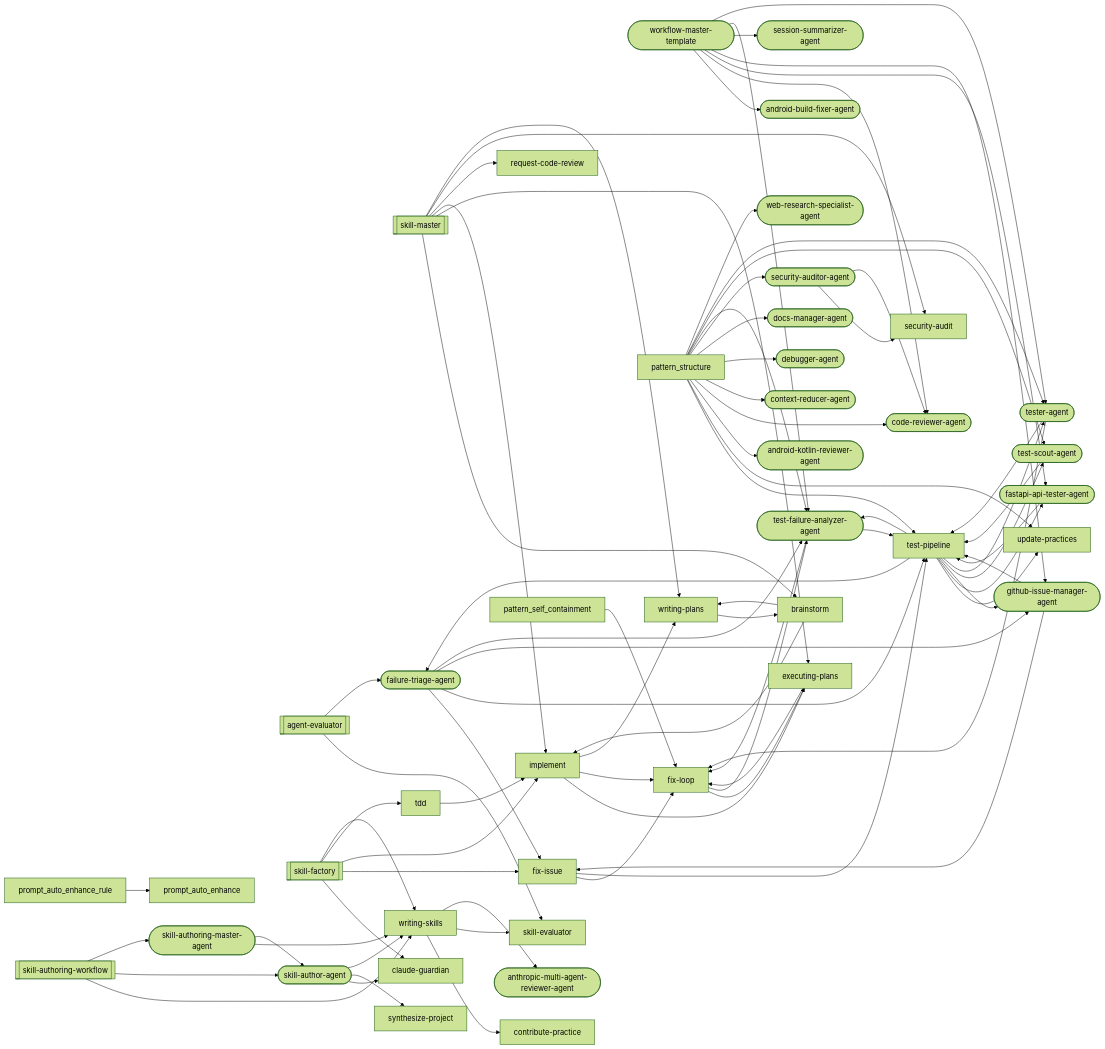
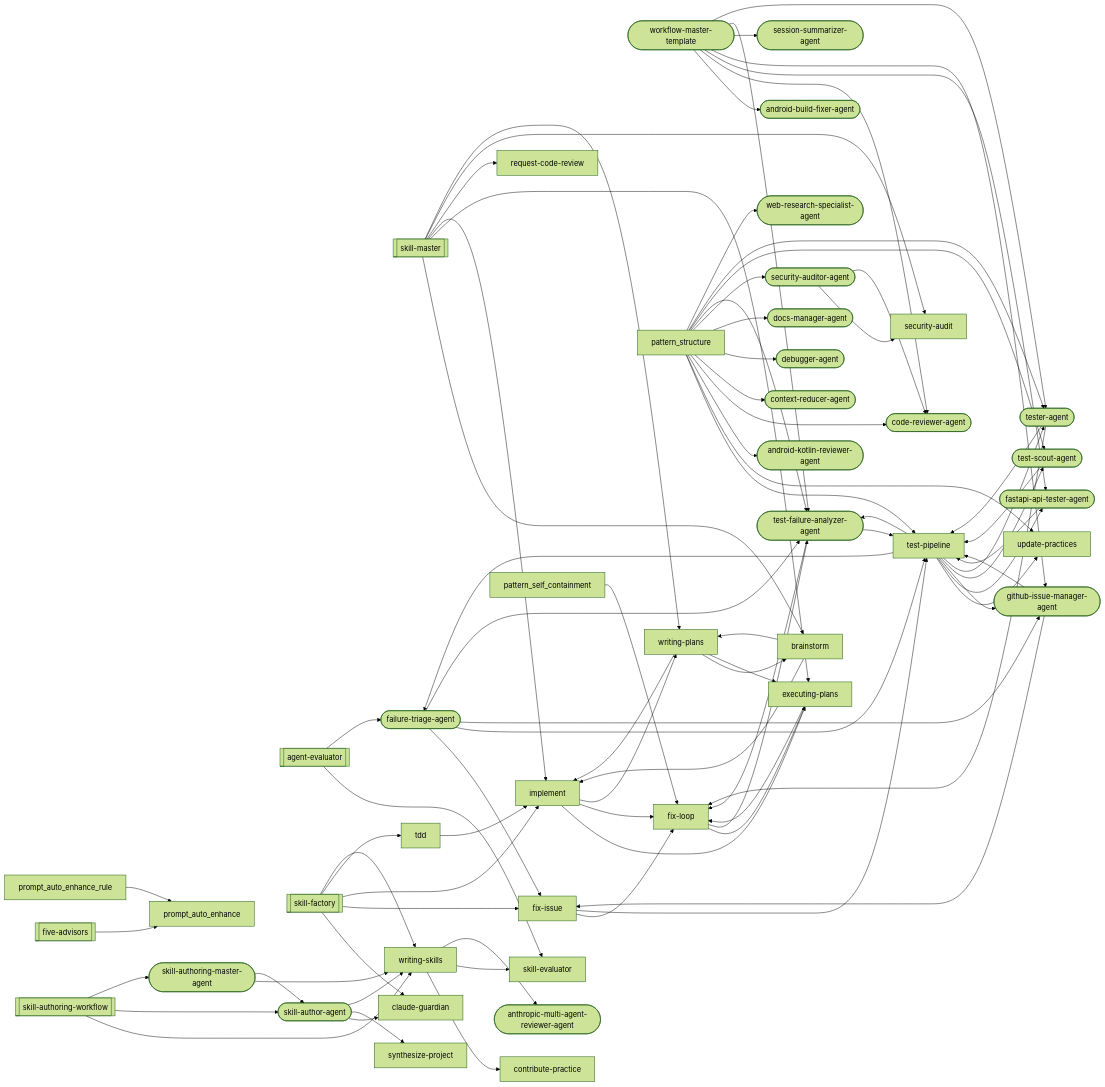
Before and after one commit to abhayla/claude-best-practices: the third of 25 diagrams in docs/workflows/skill-authoring.md, drawn with Mermaid (forest theme). The commit also changed other lines of this file and 12 other files, not shown here.

````diff
--- a/docs/workflows/skill-authoring.md
+++ b/docs/workflows/skill-authoring.md
@@ -659,6 +666,7 @@
 ```mermaid
 graph LR
     agent_evaluator[["agent-evaluator"]]
+    five_advisors[["five-advisors"]]
     skill_authoring_workflow[["skill-authoring-workflow"]]
     skill_factory[["skill-factory"]]
     skill_master[["skill-master"]]
@@ -702,6 +710,7 @@
     brainstorm --> implement
     brainstorm --> writing_plans
     executing_plans --> fix_loop
+    five_advisors --> prompt_auto_enhance
     fix_issue --> fix_loop
     fix_issue --> test_pipeline
     fix_loop --> executing_plans
@@ -732,6 +741,8 @@
     test_pipeline --> test_scout_agent
     test_pipeline --> tester_agent
     writing_plans --> brainstorm
+    writing_plans --> executing_plans
+    writing_plans --> implement
     writing_skills --> contribute_practice
     writing_skills --> skill_evaluator
     writing_skills --> anthropic_multi_agent_reviewer_agent
````
